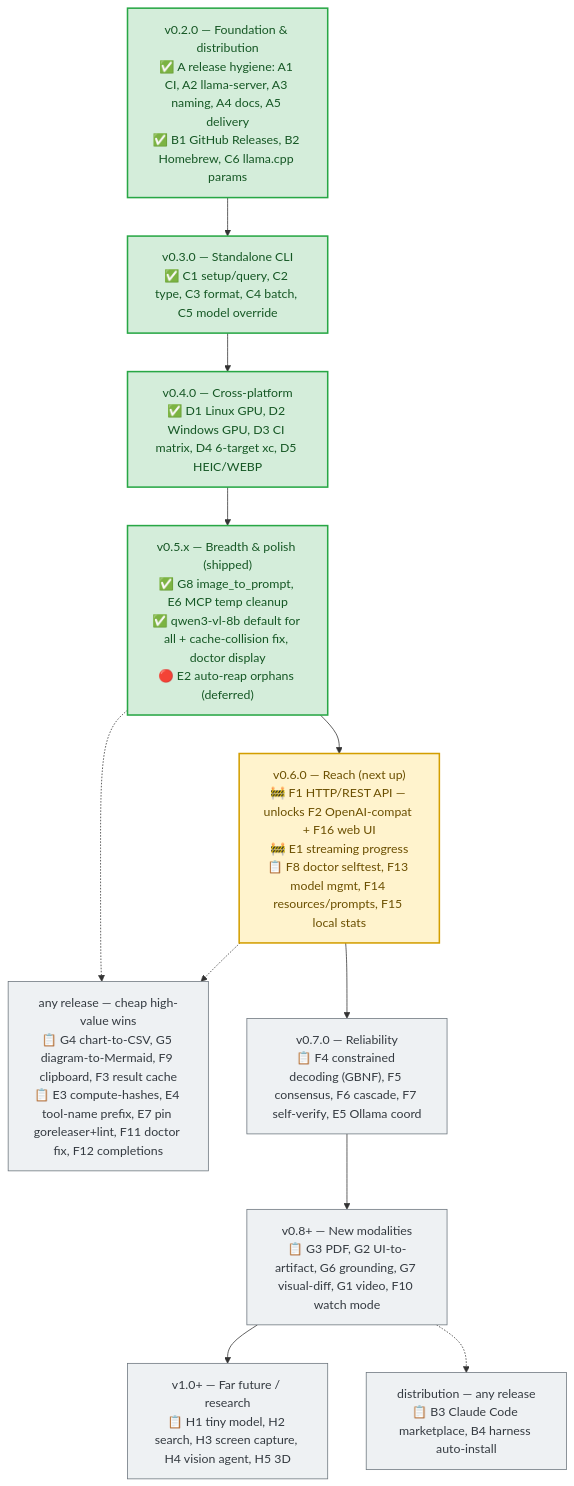
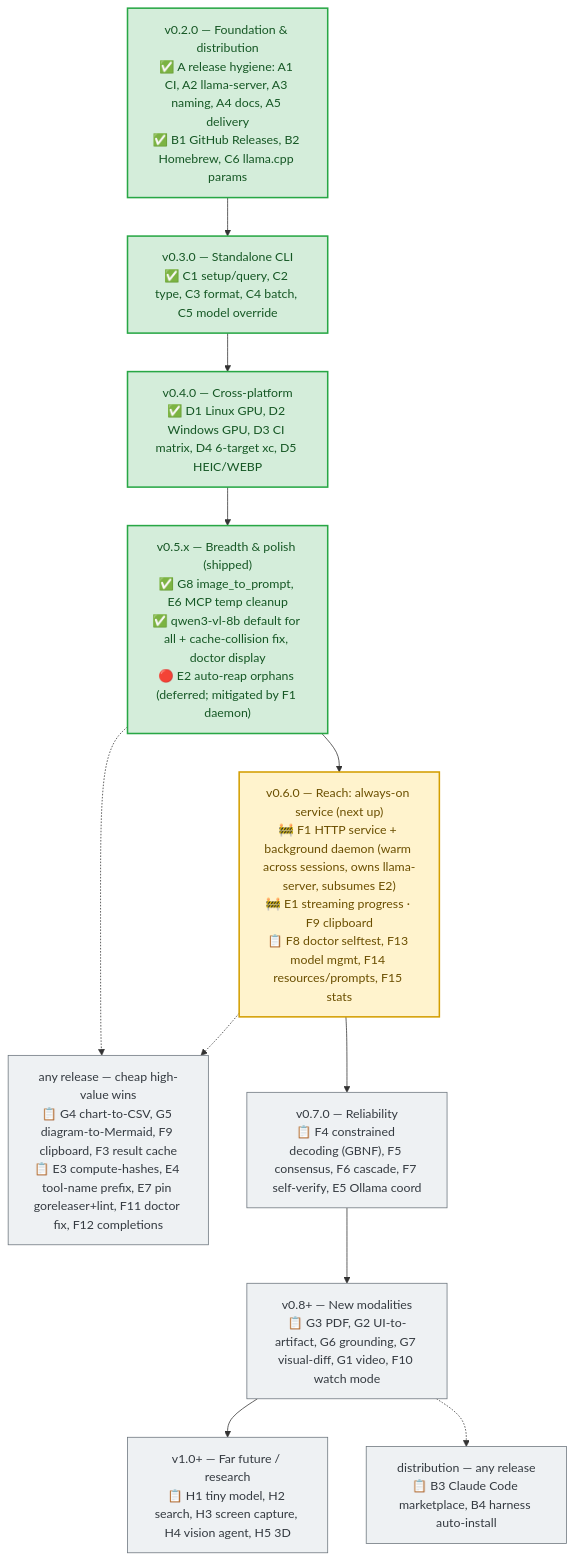
One commit to froggeric/llm changed the diagram in mcp/localvision/ROADMAP.md. Above: the diagram before and after it, drawn with Mermaid. The commit also changed other lines of this file, not shown here.

First line of the commit message:
docs(localvision): capture server/process model; make the always-on service the v0.6 headline

````diff
--- a/mcp/localvision/ROADMAP.md
+++ b/mcp/localvision/ROADMAP.md
@@ -66,22 +99,22 @@
 ```mermaid
 flowchart TD
     classDef done fill:#d4edda,stroke:#28a745,color:#155724,stroke-width:2px
     classDef next fill:#fff3cd,stroke:#d39e00,color:#6b4f00,stroke-width:2px
     classDef planned fill:#eef1f3,stroke:#6c757d,color:#343a40
 
     V2["v0.2.0 — Foundation &amp; distribution<br/>✅ A release hygiene: A1 CI, A2 llama-server, A3 naming, A4 docs, A5 delivery<br/>✅ B1 GitHub Releases, B2 Homebrew, C6 llama.cpp params"]:::done
     V3["v0.3.0 — Standalone CLI<br/>✅ C1 setup/query, C2 type, C3 format, C4 batch, C5 model override"]:::done
     V4["v0.4.0 — Cross-platform<br/>✅ D1 Linux GPU, D2 Windows GPU, D3 CI matrix, D4 6-target xc, D5 HEIC/WEBP"]:::done
-    V5["v0.5.x — Breadth &amp; polish (shipped)<br/>✅ G8 image_to_prompt, E6 MCP temp cleanup<br/>✅ qwen3-vl-8b default for all + cache-collision fix, doctor display<br/>🔴 E2 auto-reap orphans (deferred)"]:::done
-    V6["v0.6.0 — Reach (next up)<br/>🚧 F1 HTTP/REST API — unlocks F2 OpenAI-compat + F16 web UI<br/>🚧 E1 streaming progress<br/>📋 F8 doctor selftest, F13 model mgmt, F14 resources/prompts, F15 local stats"]:::next
+    V5["v0.5.x — Breadth &amp; polish (shipped)<br/>✅ G8 image_to_prompt, E6 MCP temp cleanup<br/>✅ qwen3-vl-8b default for all + cache-collision fix, doctor display<br/>🔴 E2 auto-reap orphans (deferred; mitigated by F1 daemon)"]:::done
+    V6["v0.6.0 — Reach: always-on service (next up)<br/>🚧 F1 HTTP service + background daemon (warm across sessions, owns llama-server, subsumes E2)<br/>🚧 E1 streaming progress · F9 clipboard<br/>📋 F8 doctor selftest, F13 model mgmt, F14 resources/prompts, F15 stats"]:::next
     ANY["any release — cheap high-value wins<br/>📋 G4 chart-to-CSV, G5 diagram-to-Mermaid, F9 clipboard, F3 result cache<br/>📋 E3 compute-hashes, E4 tool-name prefix, E7 pin goreleaser+lint, F11 doctor fix, F12 completions"]:::planned
     V7["v0.7.0 — Reliability<br/>📋 F4 constrained decoding (GBNF), F5 consensus, F6 cascade, F7 self-verify, E5 Ollama coord"]:::planned
     V8["v0.8+ — New modalities<br/>📋 G3 PDF, G2 UI-to-artifact, G6 grounding, G7 visual-diff, G1 video, F10 watch mode"]:::planned
     DIST["distribution — any release<br/>📋 B3 Claude Code marketplace, B4 harness auto-install"]:::planned
     V1["v1.0+ — Far future / research<br/>📋 H1 tiny model, H2 search, H3 screen capture, H4 vision agent, H5 3D"]:::planned
 
     V2 --> V3 --> V4 --> V5 --> V6 --> V7 --> V8 --> V1
     V5 -.-> ANY
     V6 -.-> ANY
     V8 -.-> DIST
 ```
````
